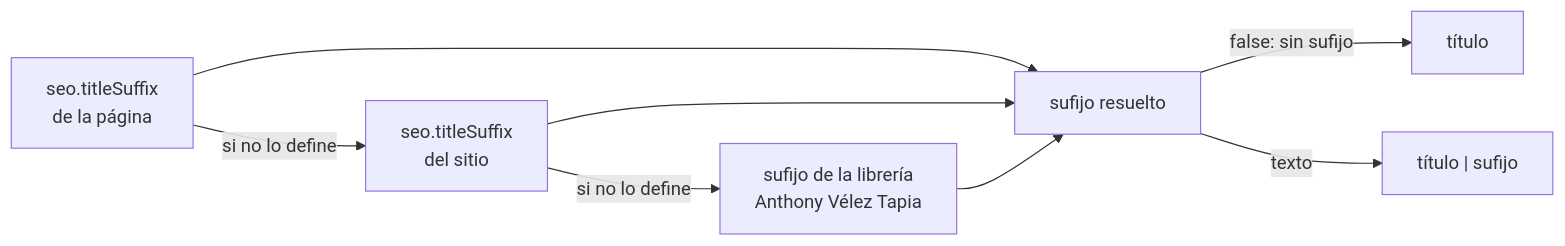
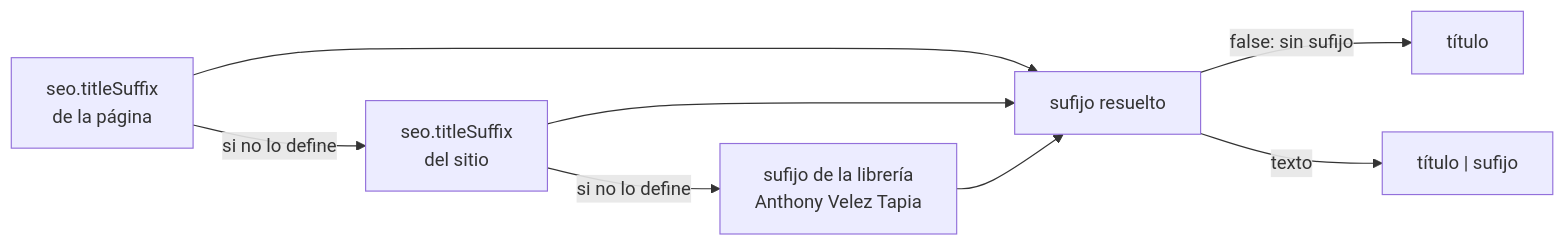
The second of 2 diagrams in docs/src/content/docs/integracion/rutas-seo-idiomas.md (velezanthony/design), drawn with Mermaid before and after one commit. The commit also changed other lines of this file and 12 other files, not shown here.

First line of the commit message:
fix(core): the author's name is Anthony Velez Tapia, from one place

````diff
--- a/docs/src/content/docs/integracion/rutas-seo-idiomas.md
+++ b/docs/src/content/docs/integracion/rutas-seo-idiomas.md
@@ -99,10 +99,10 @@
 ```mermaid
 flowchart LR
   p["seo.titleSuffix<br/>de la página"] -->|si no lo define| s["seo.titleSuffix<br/>del sitio"]
-  s -->|si no lo define| l["sufijo de la librería<br/>Anthony Vélez Tapia"]
+  s -->|si no lo define| l["sufijo de la librería<br/>Anthony Velez Tapia"]
   p --> r["sufijo resuelto"]
   s --> r
   l --> r
   r -->|"false: sin sufijo"| t["título"]
   r -->|"texto"| c["título | sufijo"]
 ```
````
